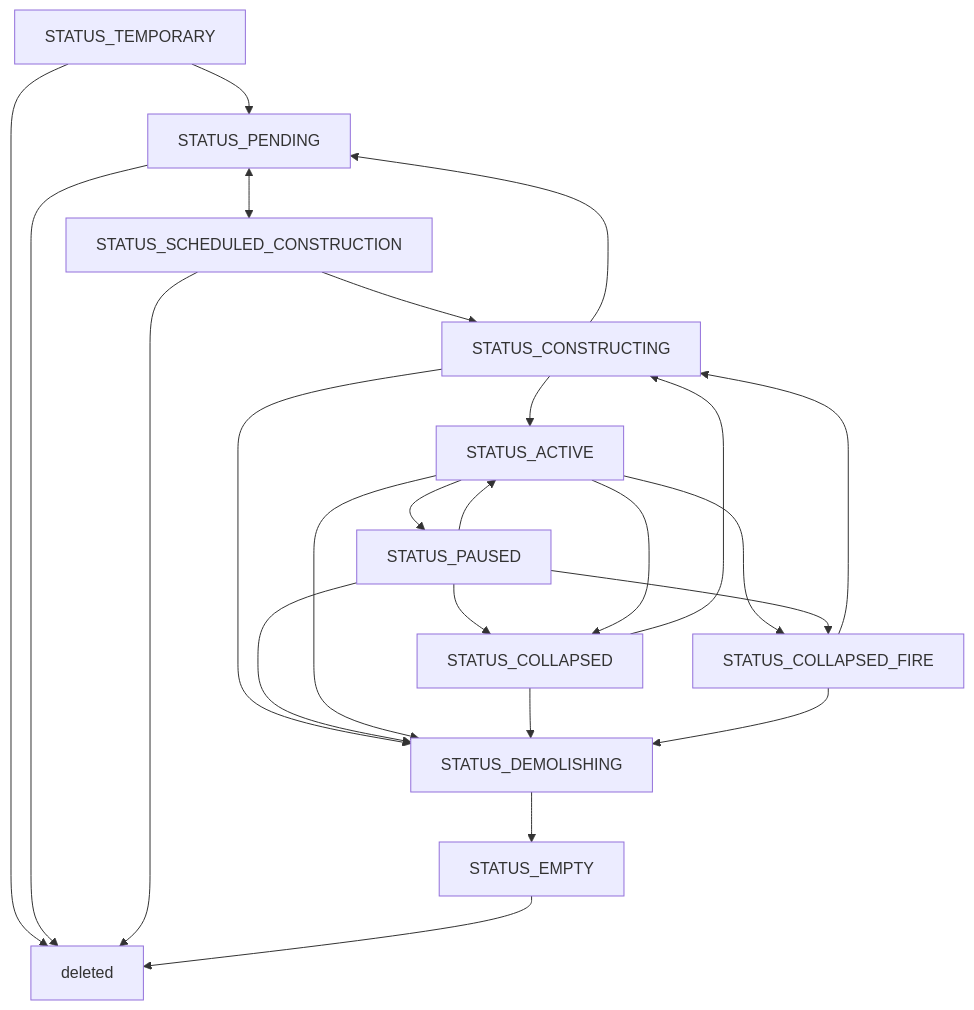
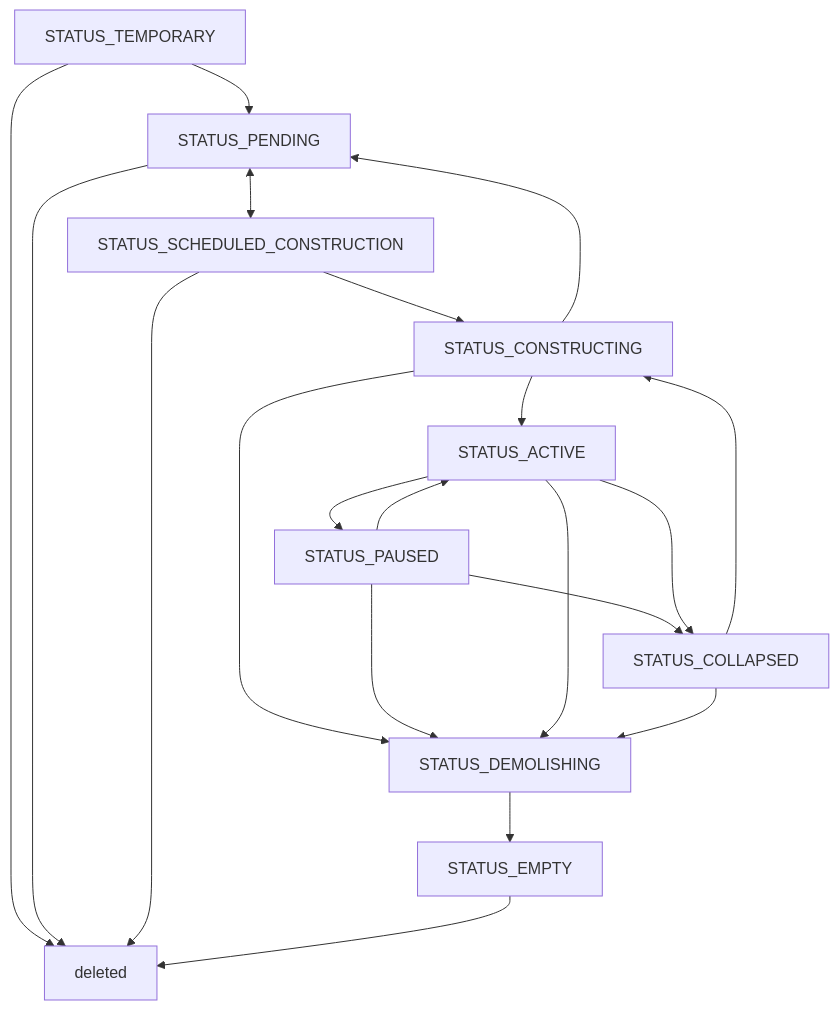
The second of 2 diagrams in docs/docs/economics/2_経済主体.md (satken2/city-genesis), drawn with Mermaid before and after one commit. The commit also changed other lines of this file and 26 other files, not shown here.

Commit message:
STATUS_COLLAPSED_FIRE削除@

````diff
--- a/docs/docs/economics/2_経済主体.md
+++ b/docs/docs/economics/2_経済主体.md
@@ -96,26 +111,22 @@
 ```mermaid
 graph TD
 STATUS_TEMPORARY --> STATUS_PENDING
 STATUS_TEMPORARY --> deleted
 STATUS_PENDING <--> STATUS_SCHEDULED_CONSTRUCTION
 STATUS_PENDING --> deleted
 STATUS_SCHEDULED_CONSTRUCTION --> STATUS_CONSTRUCTING
 STATUS_SCHEDULED_CONSTRUCTION --> deleted
 STATUS_CONSTRUCTING --> STATUS_ACTIVE
 STATUS_CONSTRUCTING --> STATUS_PENDING
 STATUS_CONSTRUCTING --> STATUS_DEMOLISHING
 STATUS_ACTIVE --> STATUS_PAUSED
 STATUS_PAUSED --> STATUS_ACTIVE
 STATUS_PAUSED --> STATUS_DEMOLISHING
 STATUS_PAUSED --> STATUS_COLLAPSED
 STATUS_ACTIVE --> STATUS_DEMOLISHING
 STATUS_ACTIVE --> STATUS_COLLAPSED
-STATUS_ACTIVE --> STATUS_COLLAPSED_FIRE
-STATUS_PAUSED --> STATUS_COLLAPSED_FIRE
 STATUS_COLLAPSED --> STATUS_DEMOLISHING
 STATUS_COLLAPSED --> STATUS_CONSTRUCTING
-STATUS_COLLAPSED_FIRE --> STATUS_DEMOLISHING
-STATUS_COLLAPSED_FIRE --> STATUS_CONSTRUCTING
 STATUS_DEMOLISHING --> STATUS_EMPTY
 STATUS_EMPTY --> deleted
 ```
````
